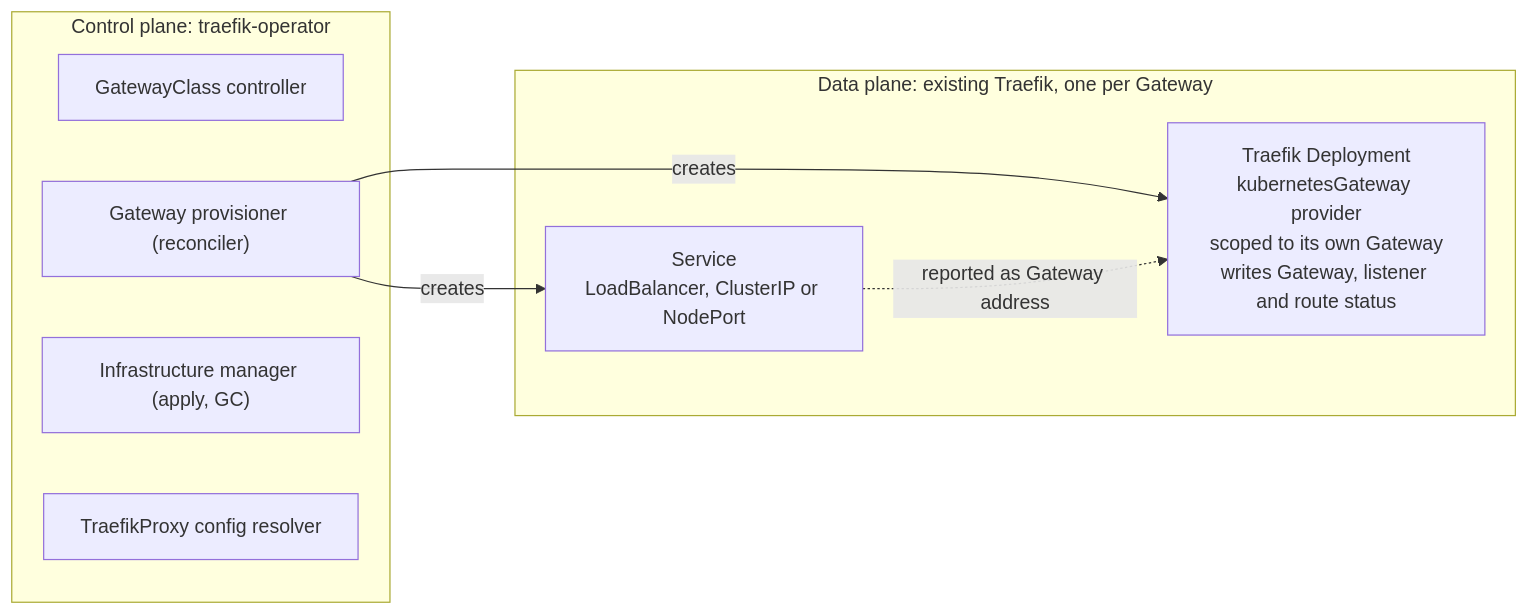
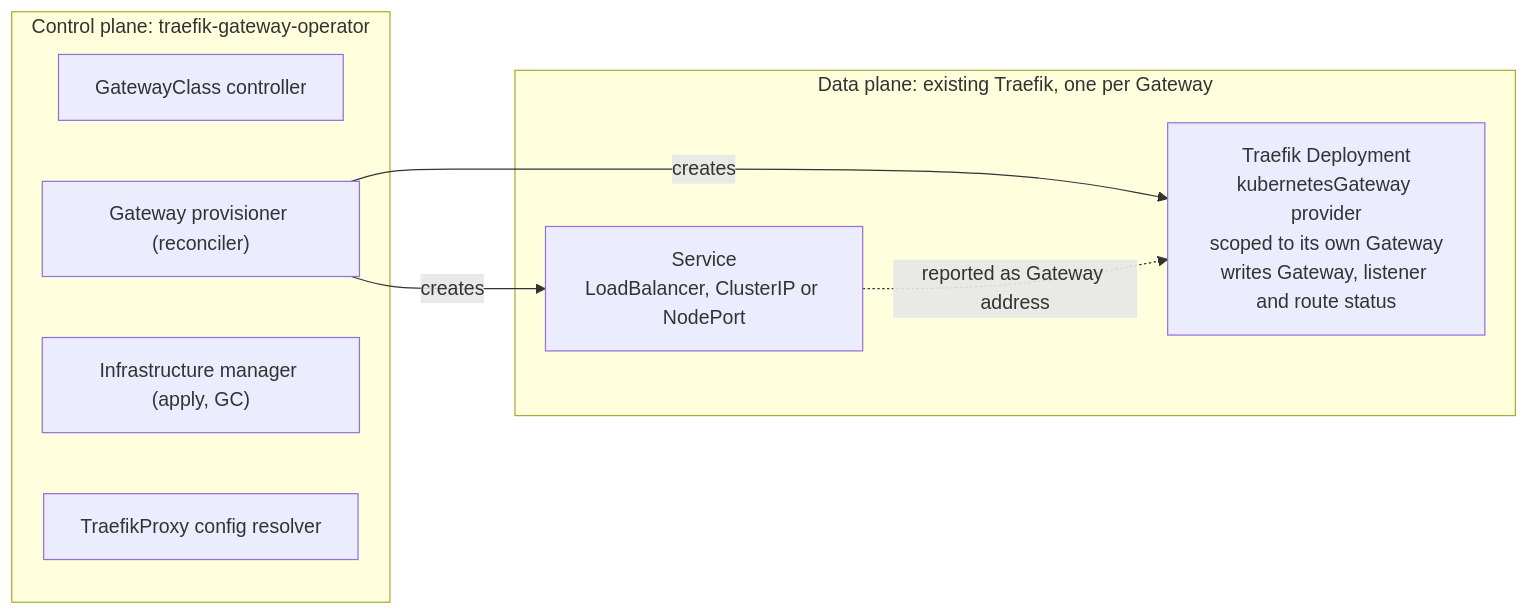
The first of 2 diagrams in docs/DESIGN.md (traefik/gateway-operator), drawn with Mermaid before and after one commit. The commit also changed other lines of this file and 29 other files, not shown here.

````diff
--- a/docs/DESIGN.md
+++ b/docs/DESIGN.md
@@ -69,16 +69,16 @@
 ```mermaid
 flowchart LR
-    subgraph cp["Control plane: traefik-operator"]
+    subgraph cp["Control plane: traefik-gateway-operator"]
         gcc["GatewayClass controller"]
         prov["Gateway provisioner (reconciler)"]
         infra["Infrastructure manager (apply, GC)"]
         res["TraefikProxy config resolver"]
     end
     subgraph dp["Data plane: existing Traefik, one per Gateway"]
         tr["Traefik Deployment<br/>kubernetesGateway provider<br/>scoped to its own Gateway<br/>writes Gateway, listener and route status"]
         svc["Service<br/>LoadBalancer, ClusterIP or NodePort"]
     end
     prov -- creates --> tr
     prov -- creates --> svc
     svc -. reported as Gateway address .-> tr
 ```
````
